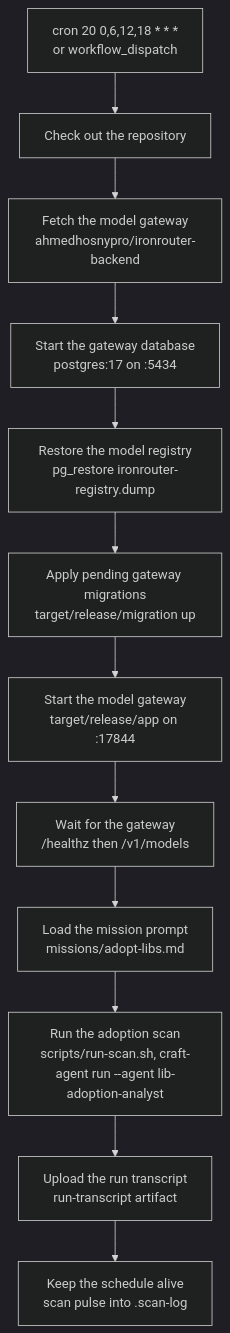
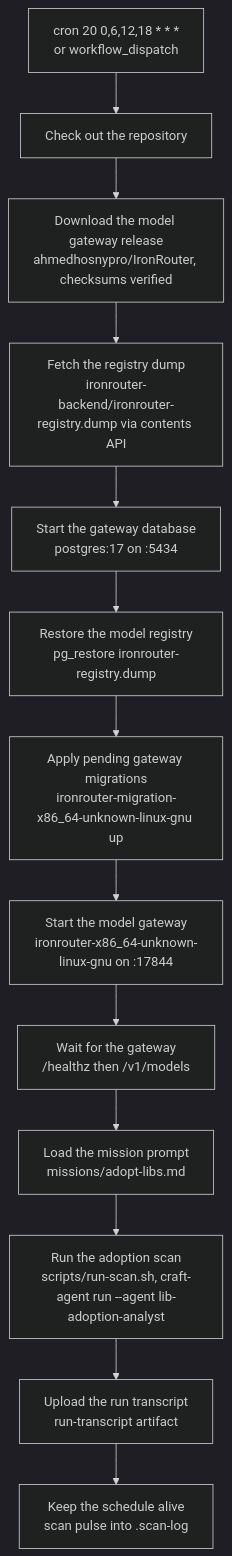
One commit to ahmedhosnypro/craft-libs-adoption changed the first of 12 diagrams in docs/workflow-diagrams.md. Above: the diagram before and after it, drawn with Mermaid (dark theme). The commit also changed other lines of this file, not shown here.

Commit message:
docs(diagrams): CI job section — gateway from the IronRouter release
Matches adopt-libs.yml 5405dfd: download + checksum-verify the release,
fetch the dump from the backend source repo, migration binary from the
release. Validator: 12 diagrams pass.

````diff
--- a/docs/workflow-diagrams.md
+++ b/docs/workflow-diagrams.md
@@ -35,14 +37,15 @@
 ```mermaid
 flowchart TD
     Trigger["cron 20 0,6,12,18 * * *<br/>or workflow_dispatch"] --> Checkout["Check out the repository"]
-    Checkout --> FetchGW["Fetch the model gateway<br/>ahmedhosnypro/ironrouter-backend"]
-    FetchGW --> Postgres["Start the gateway database<br/>postgres:17 on :5434"]
+    Checkout --> FetchGW["Download the model gateway release<br/>ahmedhosnypro/IronRouter, checksums verified"]
+    FetchGW --> FetchDump["Fetch the registry dump<br/>ironrouter-backend/ironrouter-registry.dump via contents API"]
+    FetchDump --> Postgres["Start the gateway database<br/>postgres:17 on :5434"]
     Postgres --> Restore["Restore the model registry<br/>pg_restore ironrouter-registry.dump"]
-    Restore --> Migrate["Apply pending gateway migrations<br/>target/release/migration up"]
-    Migrate --> StartGW["Start the model gateway<br/>target/release/app on :17844"]
+    Restore --> Migrate["Apply pending gateway migrations<br/>ironrouter-migration-x86_64-unknown-linux-gnu up"]
+    Migrate --> StartGW["Start the model gateway<br/>ironrouter-x86_64-unknown-linux-gnu on :17844"]
     StartGW --> WaitGW["Wait for the gateway<br/>/healthz then /v1/models"]
     WaitGW --> Mission["Load the mission prompt<br/>missions/adopt-libs.md"]
     Mission --> RunScan["Run the adoption scan<br/>scripts/run-scan.sh, craft-agent run --agent lib-adoption-analyst"]
     RunScan --> Transcript["Upload the run transcript<br/>run-transcript artifact"]
     Transcript --> Pulse["Keep the schedule alive<br/>scan pulse into .scan-log"]
 ```
````
